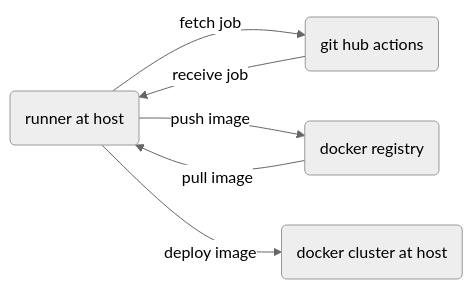
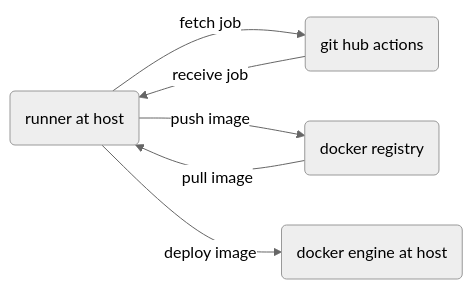
The diagram in github-actions-docker-fullstack/README.md (sauravdwivedi/GitHubActions), drawn with Mermaid (neutral theme) before and after one commit.

````diff
--- a/github-actions-docker-fullstack/README.md
+++ b/github-actions-docker-fullstack/README.md
@@ -7,12 +7,12 @@
 ```mermaid
 flowchart LR
     A(runner at host)
     B(git hub actions)
     C(docker registry)
-    D(docker cluster at host)
+    D(docker engine at host)
     A --> |fetch job| B
     B --> |receive job| A
     A --> |push image| C
     C --> |pull image| A
     A --> |deploy image| D
 ```
````
